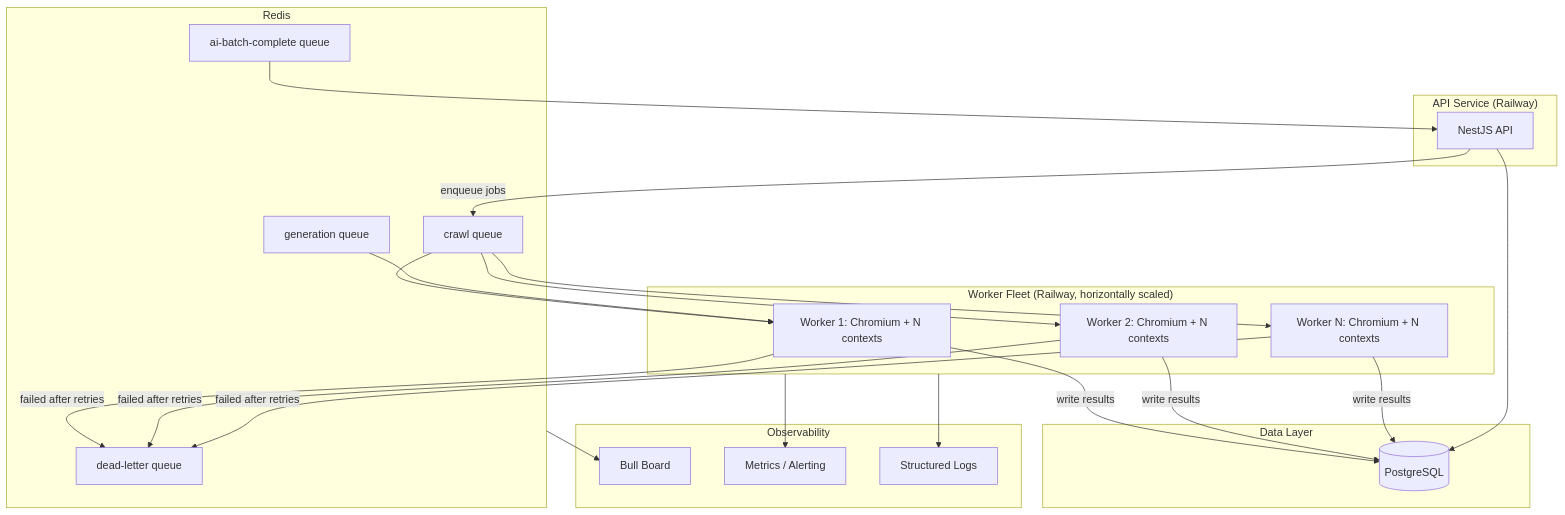
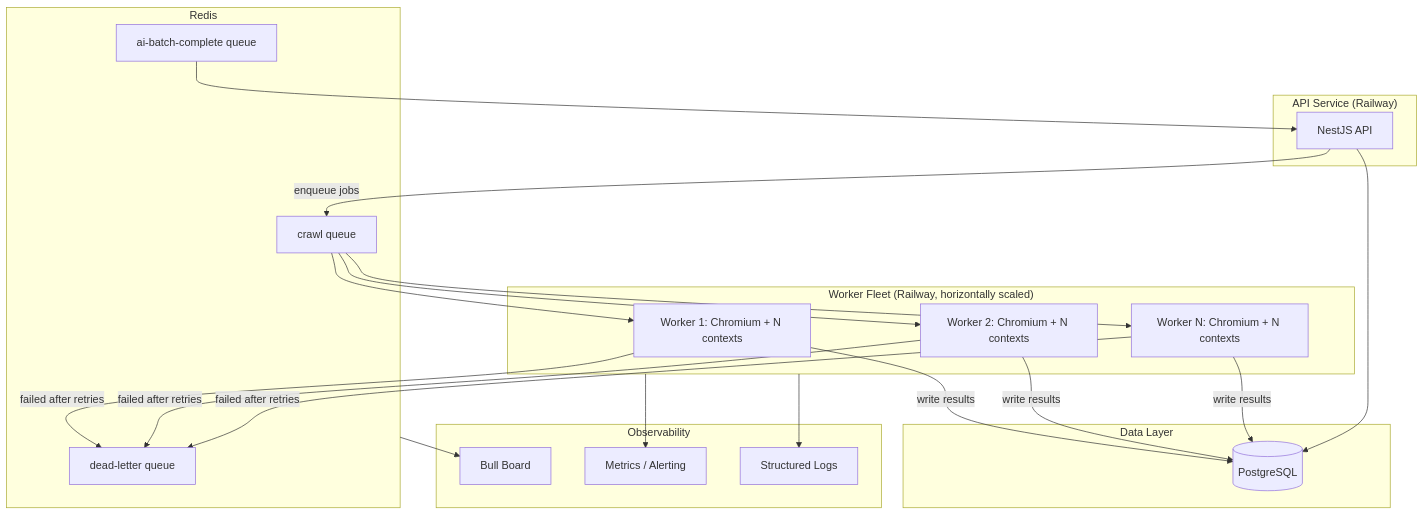
One commit to logiqdevai/property-sync changed the diagram in docs/capacity-planning-report.md. Above: the diagram before and after it, drawn with Mermaid. The commit also changed other lines of this file and 4 other files, not shown here.

````diff
--- a/docs/capacity-planning-report.md
+++ b/docs/capacity-planning-report.md
@@ -186,46 +186,44 @@
 ```mermaid
 flowchart TB
     subgraph API["API Service (Railway)"]
         NestAPI[NestJS API]
     end
 
     subgraph Queue["Redis"]
-        Q1[generation queue]
         Q2[crawl queue]
         Q3[ai-batch-complete queue]
         DLQ[dead-letter queue]
     end
 
     subgraph Workers["Worker Fleet (Railway, horizontally scaled)"]
         W1[Worker 1: Chromium + N contexts]
         W2[Worker 2: Chromium + N contexts]
         W3[Worker N: Chromium + N contexts]
     end
 
     subgraph Data["Data Layer"]
         PG[(PostgreSQL)]
     end
 
     subgraph Obs["Observability"]
         BullBoard[Bull Board]
         Metrics[Metrics / Alerting]
         Logs[Structured Logs]
     end
 
     NestAPI -->|enqueue jobs| Q2
     Q2 --> W1
     Q2 --> W2
     Q2 --> W3
     W1 -->|failed after retries| DLQ
     W2 -->|failed after retries| DLQ
     W3 -->|failed after retries| DLQ
     W1 -->|write results| PG
     W2 -->|write results| PG
     W3 -->|write results| PG
     NestAPI --> PG
-    Q1 --> W1
     Q3 --> NestAPI
     Workers --> Metrics
     Queue --> BullBoard
     Workers --> Logs
 ```
````
